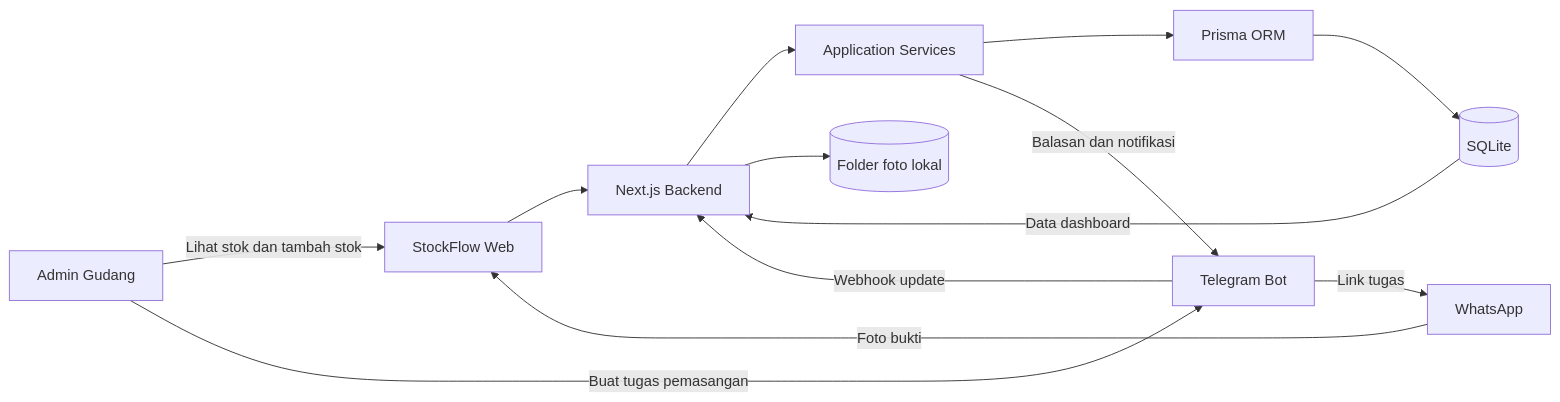
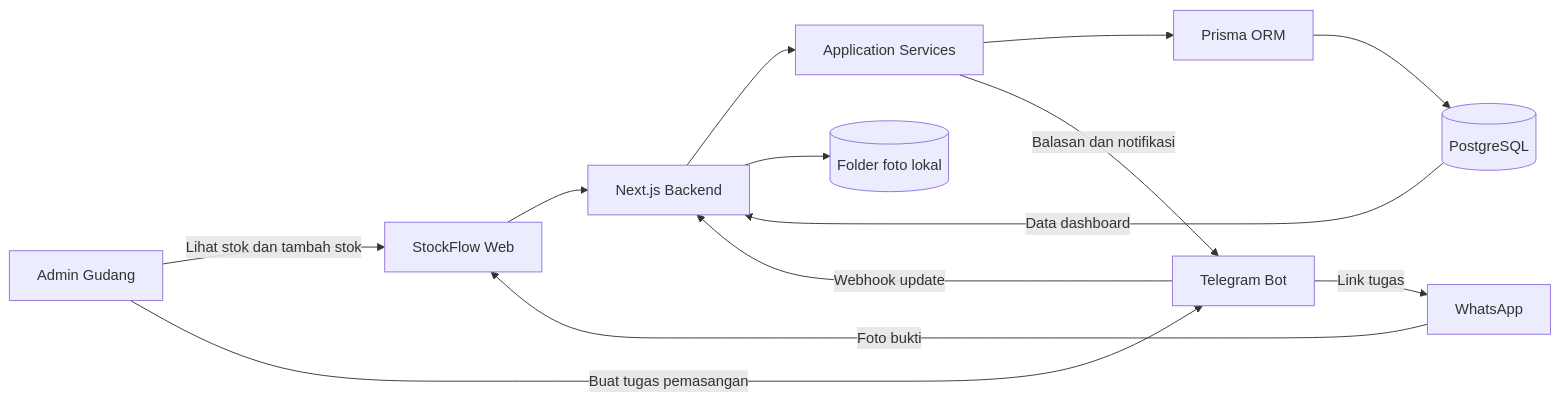
Before and after one commit to MadeDaniArdana/Stok_Bot: the first of 2 diagrams in Doc/05-Arsitektur.md, drawn with Mermaid. The commit also changed other lines of this file and 26 other files, not shown here.

First line of the commit message:
Pindah ke PostgreSQL + Vercel Blob, wizard Telegram berbasis tombol

````diff
--- a/Doc/05-Arsitektur.md
+++ b/Doc/05-Arsitektur.md
@@ -25,15 +25,15 @@
 ```mermaid
 flowchart LR
   Admin[Admin Gudang] -->|Lihat stok dan tambah stok| Web[StockFlow Web]
   Admin -->|Buat tugas pemasangan| TG[Telegram Bot]
   TG -->|Webhook update| App[Next.js Backend]
   TG -->|Link tugas| WA[WhatsApp]
   WA -->|Foto bukti| Web
   Web --> App
   App --> Services[Application Services]
   Services --> ORM[Prisma ORM]
-  ORM --> DB[(SQLite)]
+  ORM --> DB[(PostgreSQL)]
   App --> Files[(Folder foto lokal)]
   Services -->|Balasan dan notifikasi| TG
   DB -->|Data dashboard| App
 ```
````
